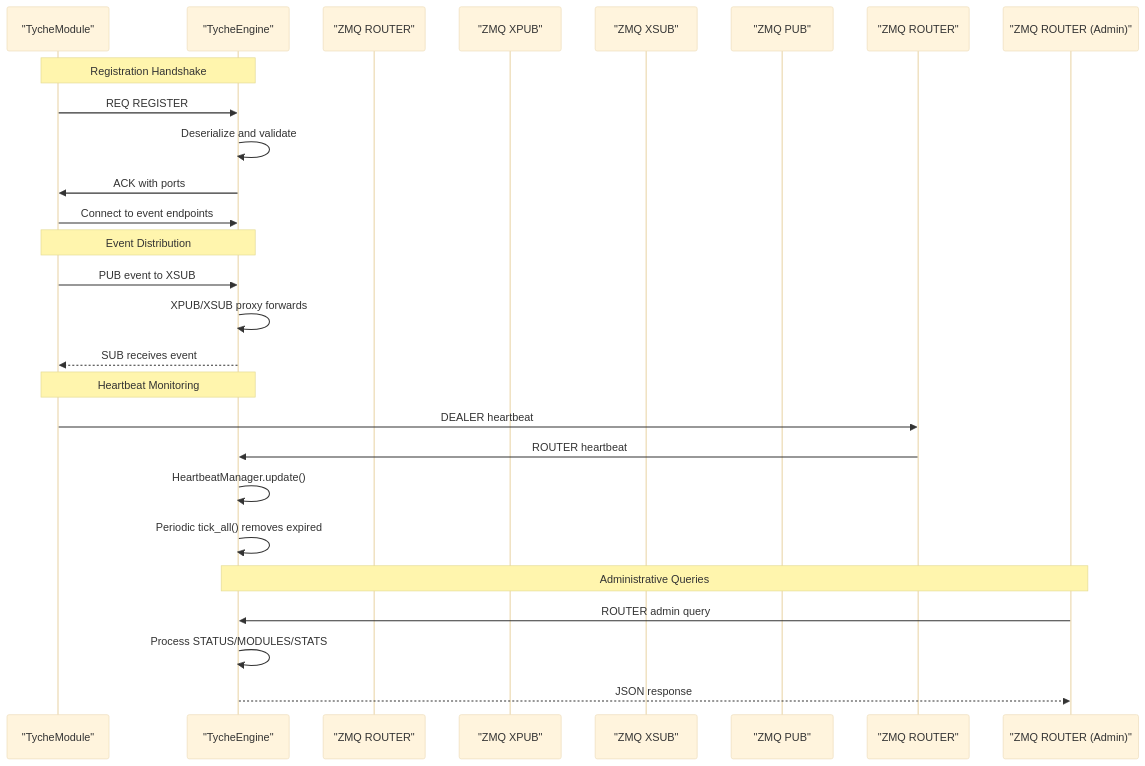
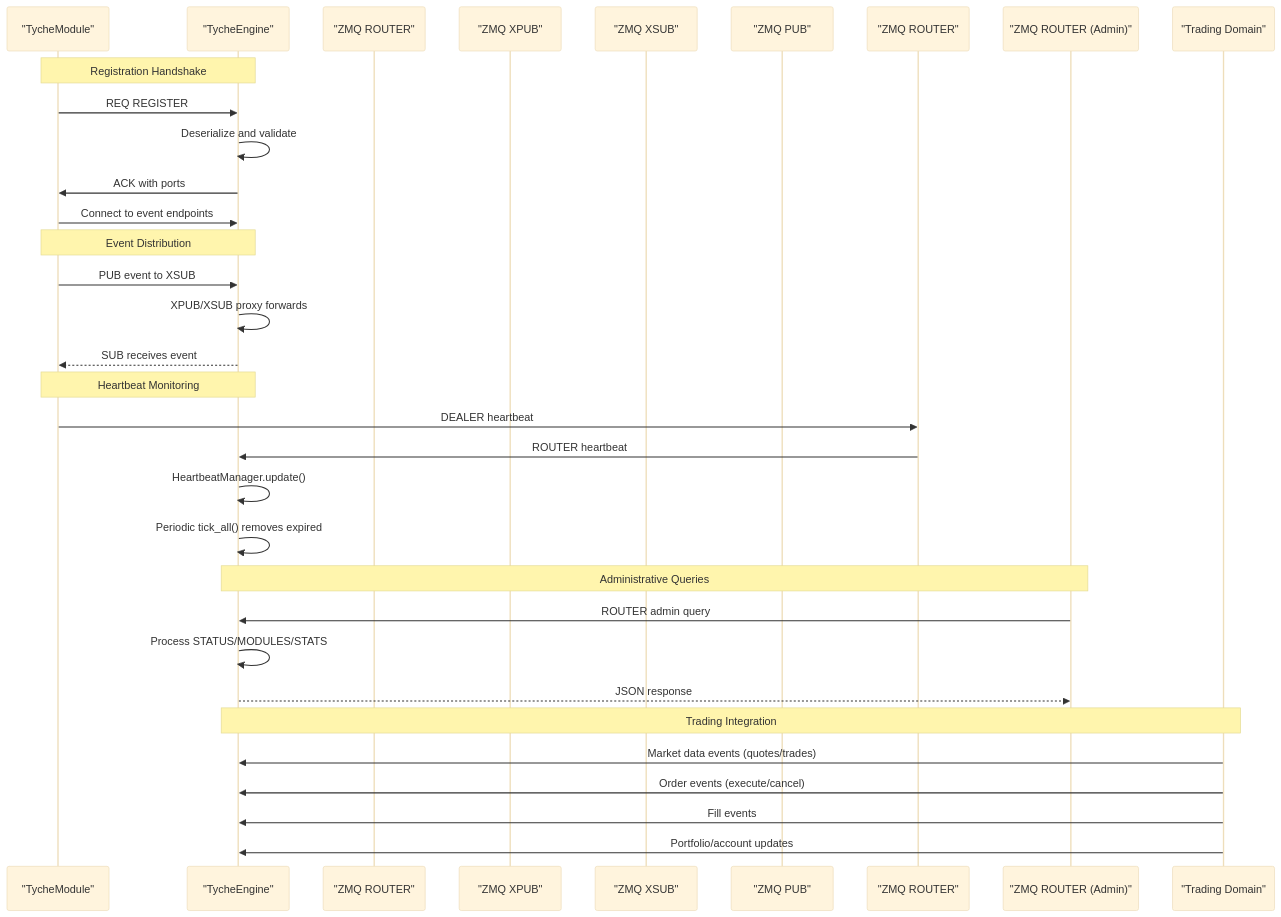
The second of 9 diagrams in .qoder/repowiki/en/content/Core Components/Core Components.md (zt281/TycheEngine), drawn with Mermaid (base theme) before and after one commit. The commit also changed other lines of this file and 4 other files, not shown here.

````diff
--- a/.qoder/repowiki/en/content/Core Components/Core Components.md
+++ b/.qoder/repowiki/en/content/Core Components/Core Components.md
@@ -143,29 +188,35 @@
 ```mermaid
 sequenceDiagram
 participant Mod as "TycheModule"
 participant Eng as "TycheEngine"
 participant ZREG as "ZMQ ROUTER"
 participant ZXPUB as "ZMQ XPUB"
 participant ZXSUB as "ZMQ XSUB"
 participant HBOUT as "ZMQ PUB"
 participant HBIN as "ZMQ ROUTER"
 participant Admin as "ZMQ ROUTER (Admin)"
+participant Trading as "Trading Domain"
 Note over Mod,Eng : Registration Handshake
 Mod->>Eng : REQ REGISTER
 Eng->>Eng : Deserialize and validate
 Eng->>Mod : ACK with ports
 Mod->>Eng : Connect to event endpoints
 Note over Mod,Eng : Event Distribution
 Mod->>Eng : PUB event to XSUB
 Eng->>Eng : XPUB/XSUB proxy forwards
 Eng-->>Mod : SUB receives event
 Note over Mod,Eng : Heartbeat Monitoring
 Mod->>HBIN : DEALER heartbeat
 HBIN->>Eng : ROUTER heartbeat
 Eng->>Eng : HeartbeatManager.update()
 Eng->>Eng : Periodic tick_all() removes expired
 Note over Eng,Admin : Administrative Queries
 Admin->>Eng : ROUTER admin query
 Eng->>Eng : Process STATUS/MODULES/STATS
 Eng-->>Admin : JSON response
+Note over Trading,Eng : Trading Integration
+Trading->>Eng : Market data events (quotes/trades)
+Trading->>Eng : Order events (execute/cancel)
+Trading->>Eng : Fill events
+Trading->>Eng : Portfolio/account updates
 ```
````
